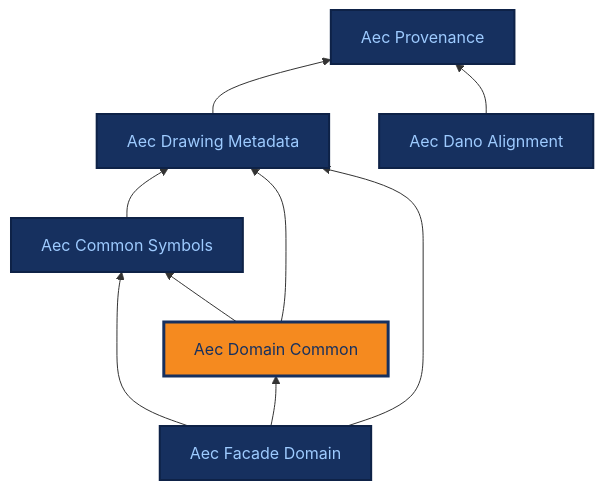
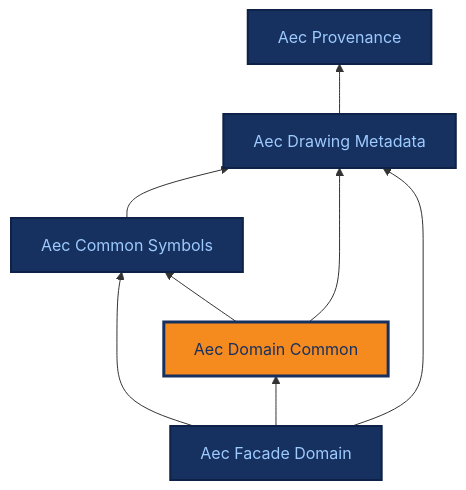
One commit to BuroHappoldMachineLearning/ADIRO changed the diagram in docs/ontologies/aec_domain_common.md. Above: the diagram before and after it, drawn with Mermaid. The commit also changed 23 other files, not shown here.

First line of the commit message:
feat(aec_dano_alignment)!: remove the DAnO compatibility layer; keep the comparison as documentation only

````diff
--- a/docs/ontologies/aec_domain_common.md
+++ b/docs/ontologies/aec_domain_common.md
@@ -17,28 +17,25 @@
 ```mermaid
 %%{init: {"themeCSS": ".base .nodeLabel,.base .nodeLabel p,.base text,.base tspan{fill:#9ecbff !important;color:#9ecbff !important}.current .nodeLabel,.current .nodeLabel p,.current text,.current tspan{fill:#16305f !important;color:#16305f !important}"} }%%
 graph BT
     aec_provenance["Aec Provenance"]
     aec_drawing_metadata["Aec Drawing Metadata"]
     aec_common_symbols["Aec Common Symbols"]
     aec_domain_common["Aec Domain Common"]
     aec_facade_domain["Aec Facade Domain"]
-    aec_dano_alignment["Aec Dano Alignment"]
     aec_drawing_metadata --> aec_provenance
     aec_common_symbols --> aec_drawing_metadata
     aec_domain_common --> aec_common_symbols
     aec_domain_common --> aec_drawing_metadata
     aec_facade_domain --> aec_common_symbols
     aec_facade_domain --> aec_domain_common
     aec_facade_domain --> aec_drawing_metadata
-    aec_dano_alignment --> aec_provenance
     click aec_provenance "../aec_provenance/" "Aec Provenance reference page"
     click aec_drawing_metadata "../aec_drawing_metadata/" "Aec Drawing Metadata reference page"
     click aec_common_symbols "../aec_common_symbols/" "Aec Common Symbols reference page"
     click aec_domain_common "../aec_domain_common/" "Aec Domain Common reference page"
     click aec_facade_domain "../aec_facade_domain/" "Aec Facade Domain reference page"
-    click aec_dano_alignment "../aec_dano_alignment/" "Aec Dano Alignment reference page"
     classDef base fill:#16305f,stroke:#0e2247,stroke-width:2px,color:#9ecbff;
-    class aec_provenance,aec_drawing_metadata,aec_common_symbols,aec_facade_domain,aec_dano_alignment base;
+    class aec_provenance,aec_drawing_metadata,aec_common_symbols,aec_facade_domain base;
     classDef current fill:#f58a1f,stroke:#16305f,stroke-width:3px,color:#16305f;
     class aec_domain_common current;
 ```
````
